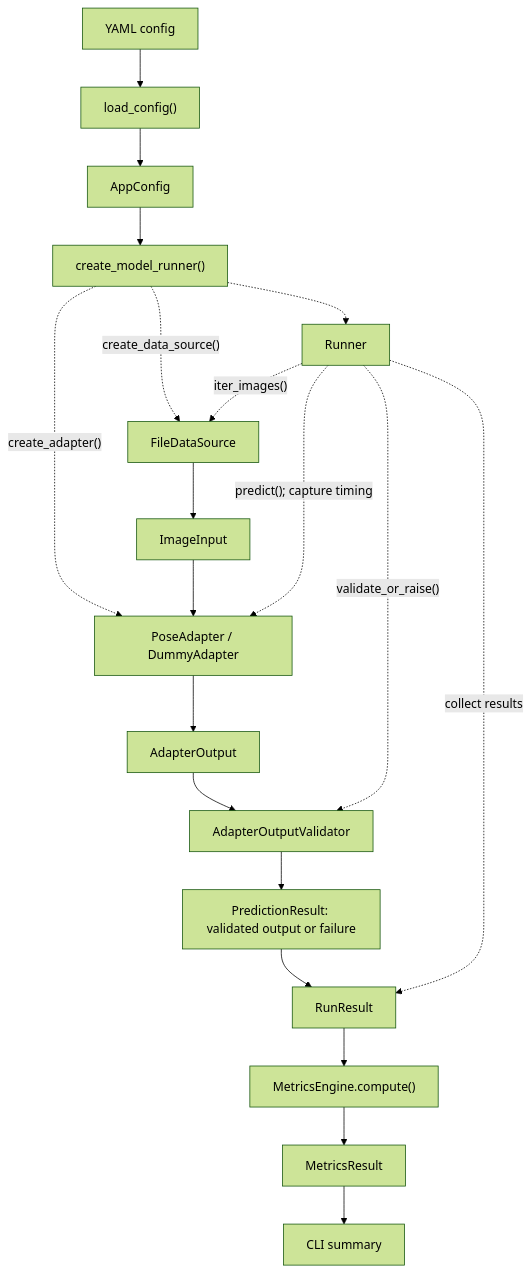
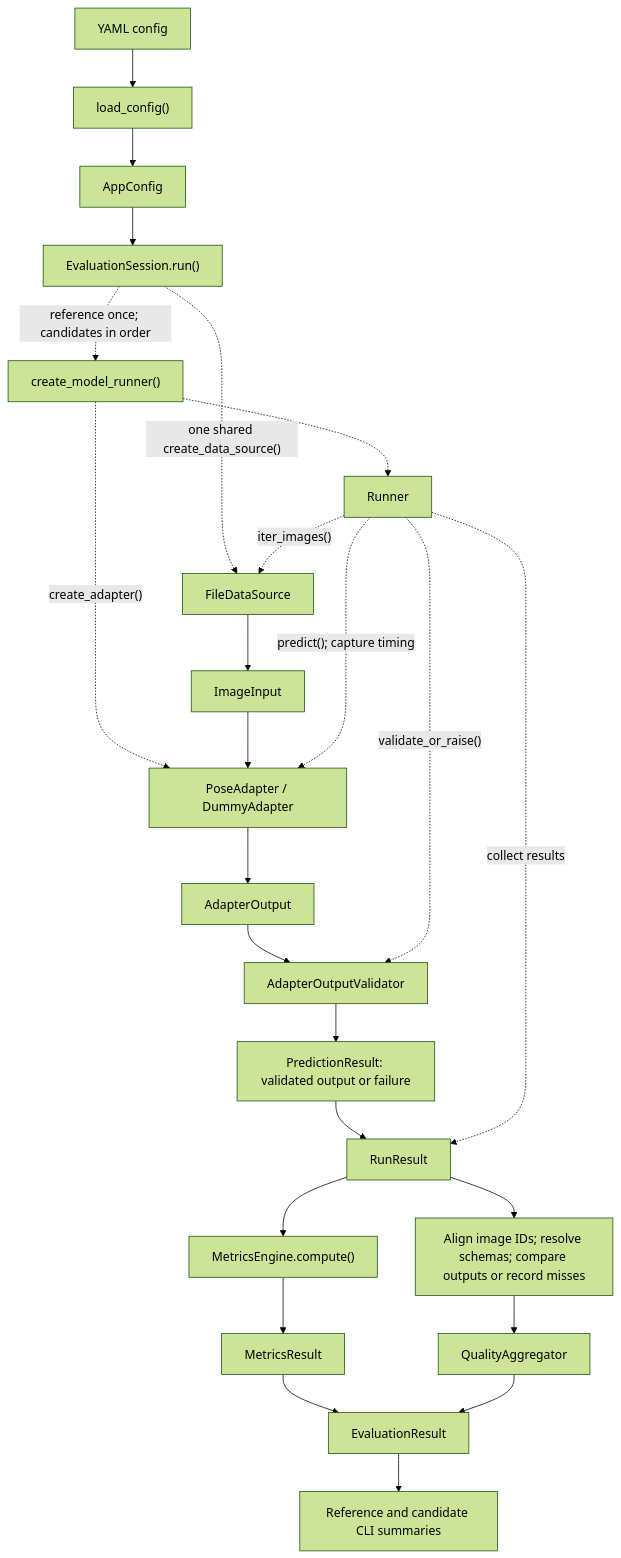
Before and after one commit to Kamil-J-Prokop/pose-deploy-gate: the first of 2 diagrams in docs/architecture.md, drawn with Mermaid (forest theme). The commit also changed other lines of this file and 11 other files, not shown here.

Commit message:
feat(cli): report reference and candidate comparison summaries

````diff
--- a/docs/architecture.md
+++ b/docs/architecture.md
@@ -17,20 +17,25 @@
 ```mermaid
 flowchart TD
     YAML["YAML config"] --> Load["load_config()"] --> Config["AppConfig"]
-    Config --> Factory["create_model_runner()"]
+    Config --> Session["EvaluationSession.run()"]
+    Session -. "reference once; candidates in order" .-> Factory["create_model_runner()"]
     Factory -.-> Runner
-    Factory -. "create_data_source()" .-> DS["FileDataSource"]
+    Session -. "one shared create_data_source()" .-> DS["FileDataSource"]
     Factory -. "create_adapter()" .-> Adapter["PoseAdapter / DummyAdapter"]
     Runner -. "iter_images()" .-> DS
     DS --> Image["ImageInput"]
     Image --> Adapter
     Runner -. "predict(); capture timing" .-> Adapter
     Adapter --> Output["AdapterOutput"]
     Output --> Validator["AdapterOutputValidator"]
     Runner -. "validate_or_raise()" .-> Validator
     Validator --> Outcome["PredictionResult: validated output or failure"]
     Outcome --> Result["RunResult"]
     Runner -. "collect results" .-> Result
     Result --> Engine["MetricsEngine.compute()"] --> Metrics["MetricsResult"]
-    Metrics --> CLI["CLI summary"]
+    Result --> Compare["Align image IDs; resolve schemas; compare outputs or record misses"]
+    Compare --> Quality["QualityAggregator"]
+    Metrics --> Evaluation["EvaluationResult"]
+    Quality --> Evaluation
+    Evaluation --> CLI["Reference and candidate CLI summaries"]
 ```
````
